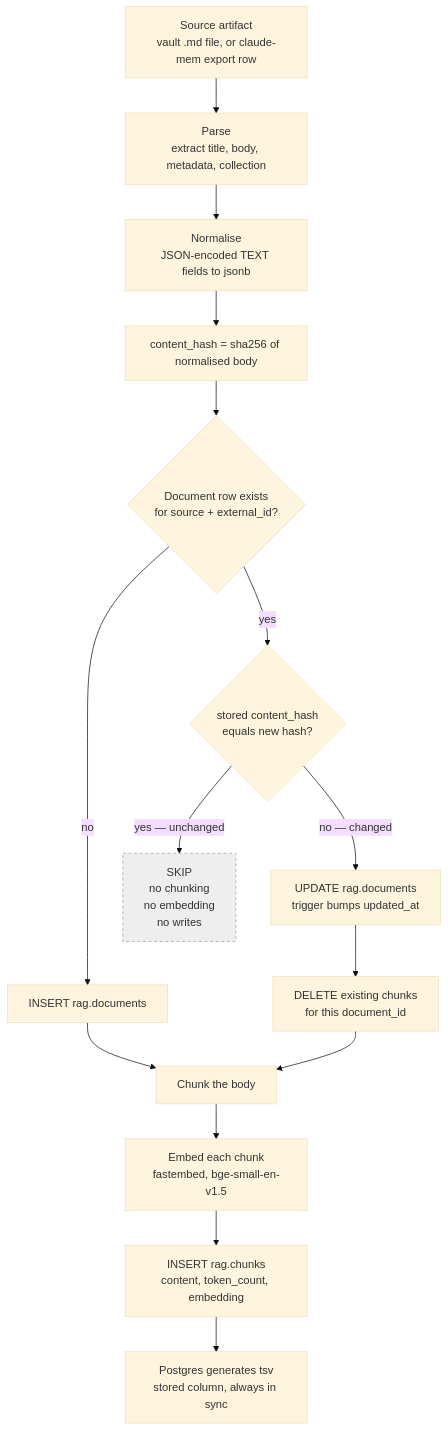
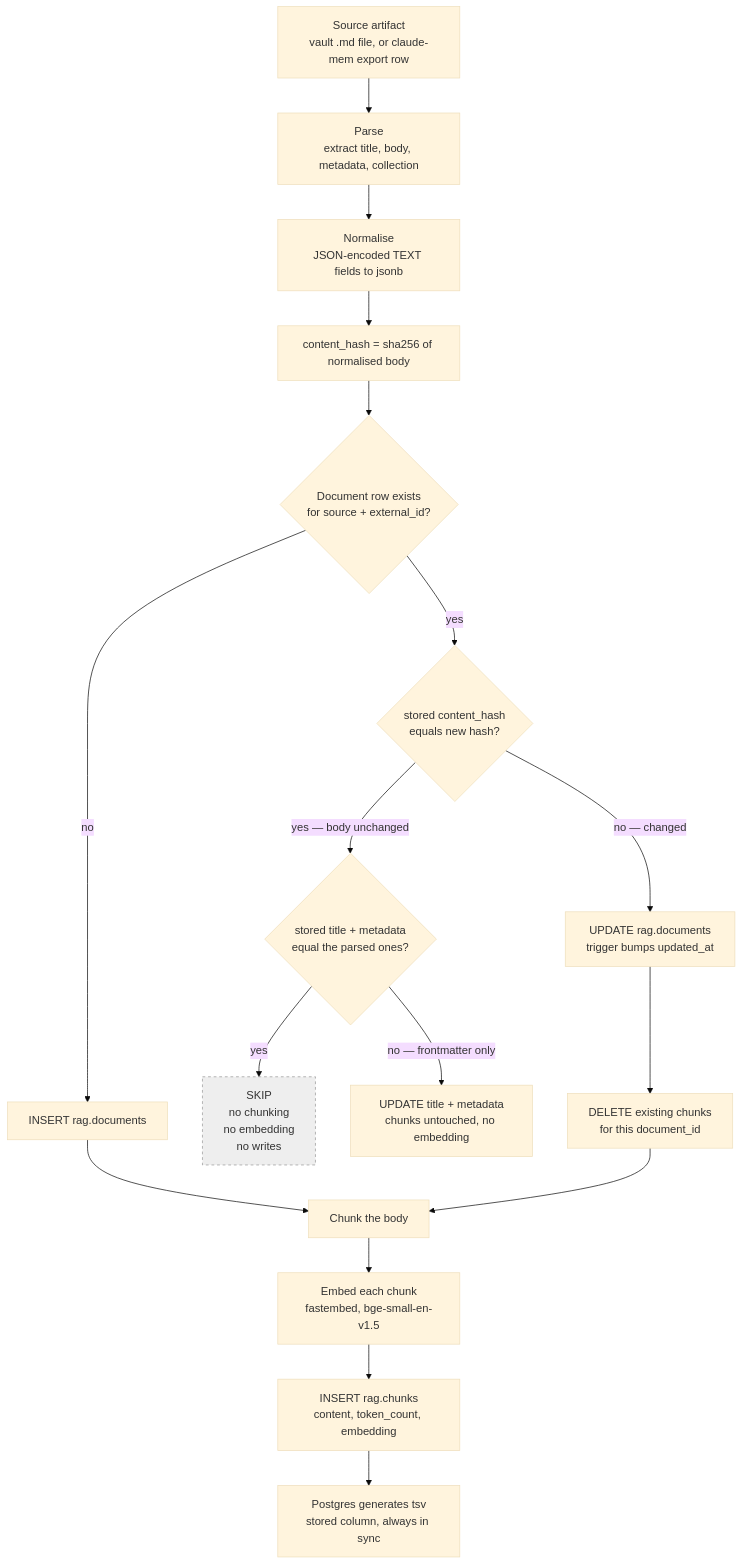
One commit to emstacho-su/agentic-harness changed the diagram in docs/ingestion.md. Above: the diagram before and after it, drawn with Mermaid (base theme). The commit also changed other lines of this file, not shown here.

First line of the commit message:
docs(ingestion): the pipeline diagram shows the metadata-only branch

````diff
--- a/docs/ingestion.md
+++ b/docs/ingestion.md
@@ -25,24 +25,27 @@
 ```mermaid
 flowchart TD
     A["Source artifact<br/>vault .md file, or claude-mem export row"] --> B["Parse<br/>extract title, body, metadata, collection"]
     B --> C["Normalise<br/>JSON-encoded TEXT fields to jsonb"]
     C --> D["content_hash = sha256 of normalised body"]
     D --> E{"Document row exists<br/>for source + external_id?"}
 
     E -->|"no"| F["INSERT rag.documents"]
     E -->|"yes"| G{"stored content_hash<br/>equals new hash?"}
 
-    G -->|"yes — unchanged"| H["SKIP<br/>no chunking<br/>no embedding<br/>no writes"]
+    G -->|"yes — body unchanged"| P{"stored title + metadata<br/>equal the parsed ones?"}
     G -->|"no — changed"| I["UPDATE rag.documents<br/>trigger bumps updated_at"]
+
+    P -->|"yes"| H["SKIP<br/>no chunking<br/>no embedding<br/>no writes"]
+    P -->|"no — frontmatter only"| Q["UPDATE title + metadata<br/>chunks untouched, no embedding"]
 
     F --> J["Chunk the body"]
     I --> K["DELETE existing chunks<br/>for this document_id"]
     K --> J
 
     J --> L["Embed each chunk<br/>fastembed, bge-small-en-v1.5"]
     L --> M["INSERT rag.chunks<br/>content, token_count, embedding"]
     M --> N["Postgres generates tsv<br/>stored column, always in sync"]
 
     classDef skip fill:#eee,stroke:#999,stroke-dasharray: 4 4
     class H skip
 ```
````
